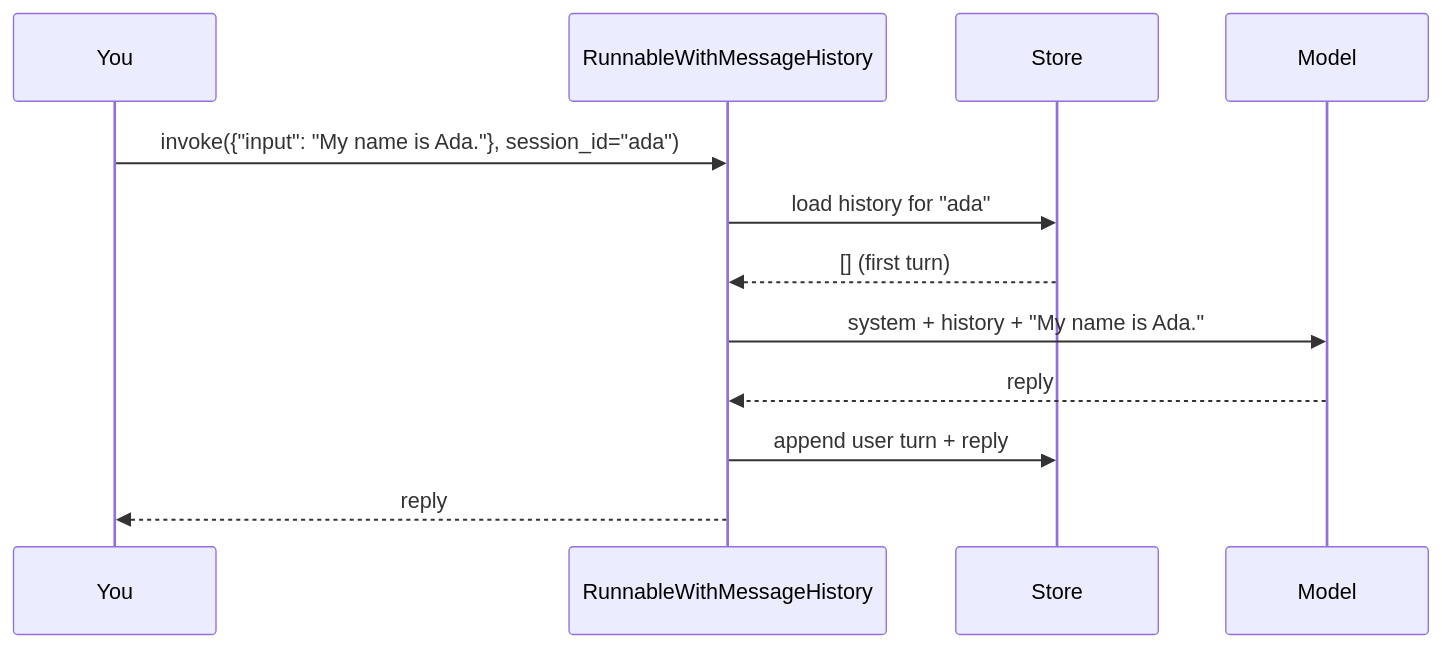
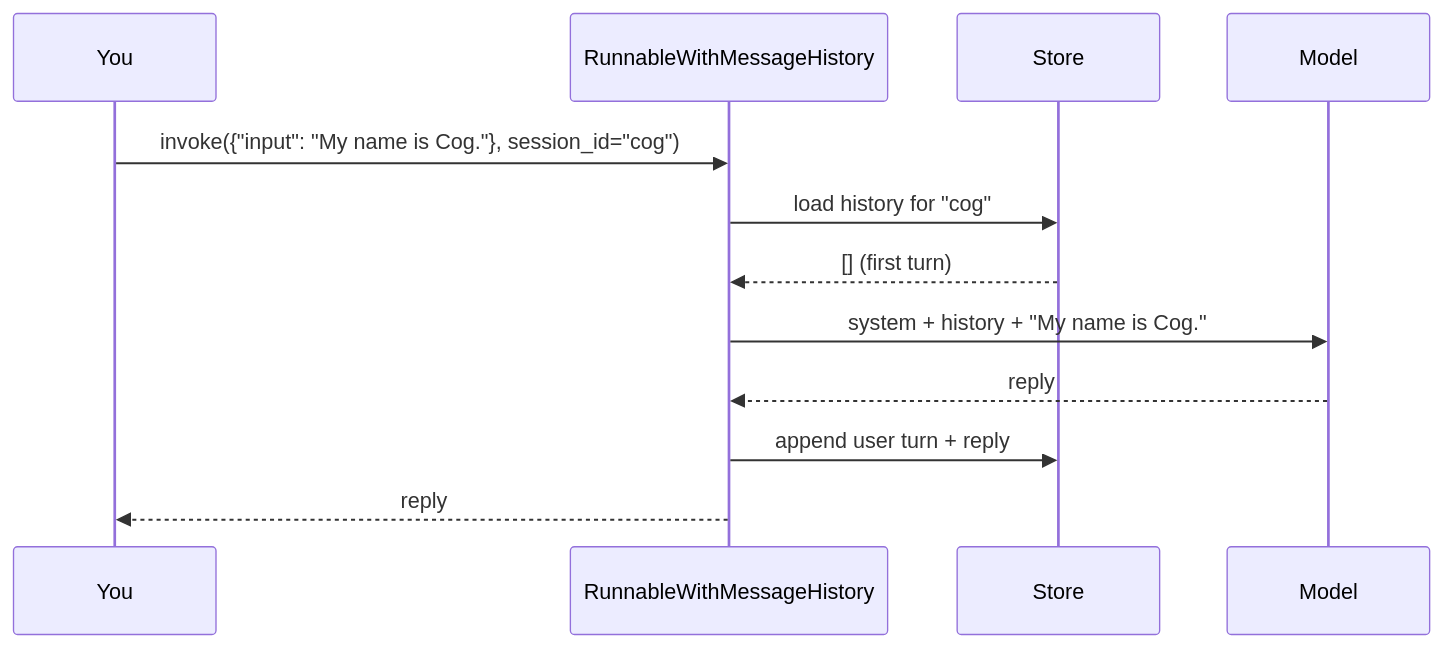
Before and after one commit to CogKnowEdge-Solutions/Orchestration: the second of 2 diagrams in Langchain-Labs/Lab4(Intermediate)/lab-memory-streaming.md, drawn with Mermaid. The commit also changed other lines of this file and 3 other files, not shown here.

Commit message:
Lab 4: rename example name Ada to Cog

````diff
--- a/Langchain-Labs/Lab4(Intermediate)/lab-memory-streaming.md
+++ b/Langchain-Labs/Lab4(Intermediate)/lab-memory-streaming.md
@@ -141,15 +141,15 @@
 ```mermaid
 sequenceDiagram
     participant You
     participant W as RunnableWithMessageHistory
     participant Store
     participant M as Model
 
-    You->>W: invoke({"input": "My name is Ada."}, session_id="ada")
-    W->>Store: load history for "ada"
+    You->>W: invoke({"input": "My name is Cog."}, session_id="cog")
+    W->>Store: load history for "cog"
     Store-->>W: [] (first turn)
-    W->>M: system + history + "My name is Ada."
+    W->>M: system + history + "My name is Cog."
     M-->>W: reply
     W->>Store: append user turn + reply
     W-->>You: reply
 ```
````
